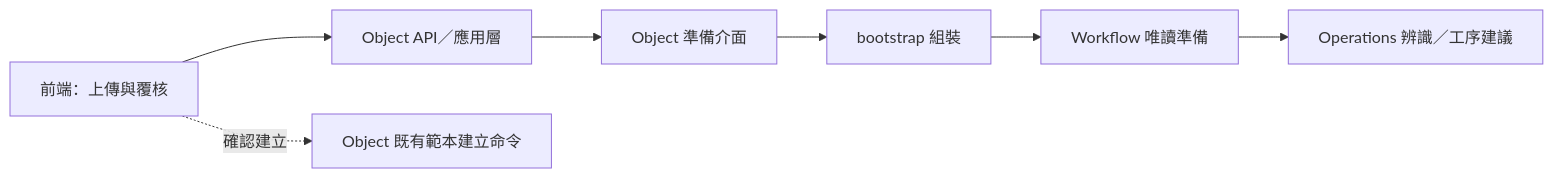
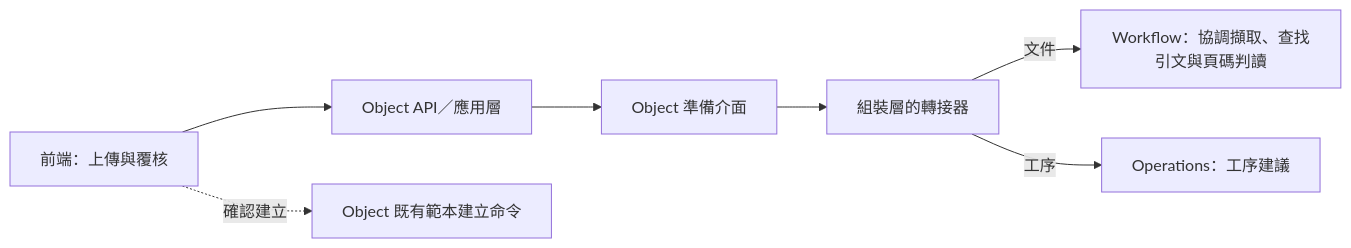
One commit to 963sup/line-mini-app-bot changed the second of 2 diagrams in docs/domains/object/design.md. Above: the diagram before and after it, drawn with Mermaid. The commit also changed other lines of this file and 38 other files, not shown here.

````diff
--- a/docs/domains/object/design.md
+++ b/docs/domains/object/design.md
@@ -357,9 +343,9 @@
 ```mermaid
 flowchart LR
     UI["前端：上傳與覆核"] --> API["Object API／應用層"]
     API --> Port["Object 準備介面"]
-    Port --> Wire["bootstrap 組裝"]
-    Wire --> Workflow["Workflow 唯讀準備"]
-    Workflow --> Operations["Operations 辨識／工序建議"]
+    Port --> Adapter["組裝層的轉接器"]
+    Adapter -->|文件| Workflow["Workflow：協調擷取、查找引文與頁碼判讀"]
+    Adapter -->|工序| Operations["Operations：工序建議"]
     UI -.->|"確認建立"| Save["Object 既有範本建立命令"]
 ```
````
